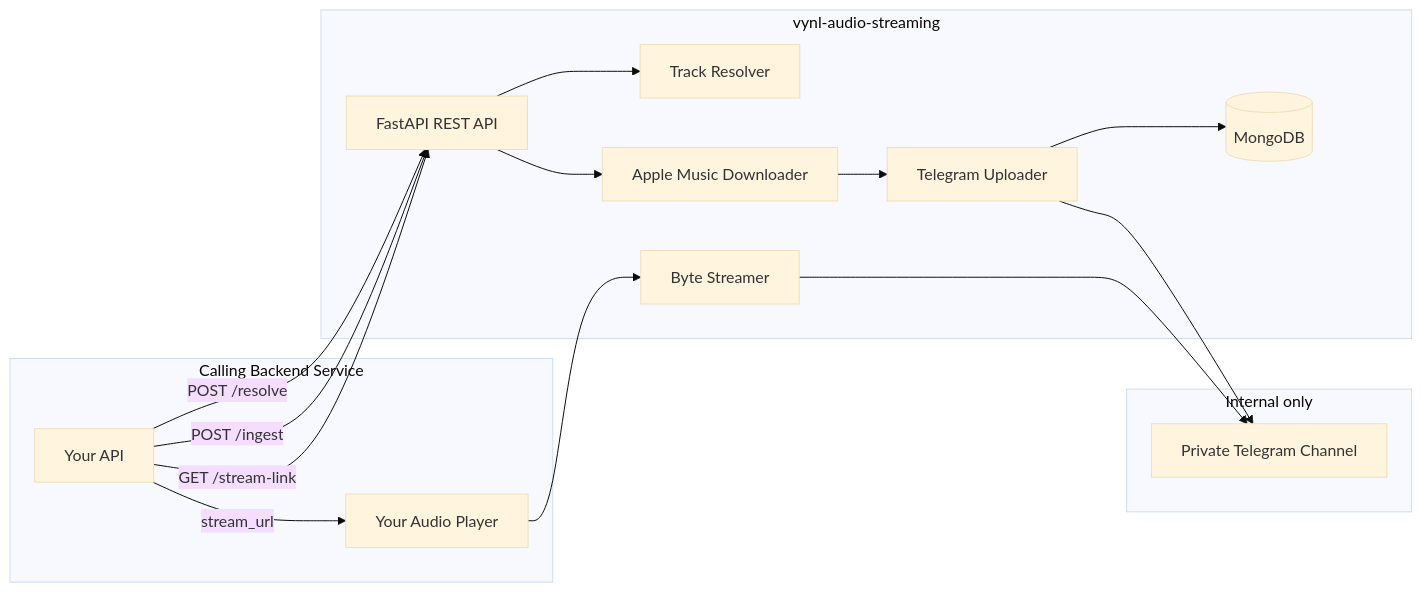
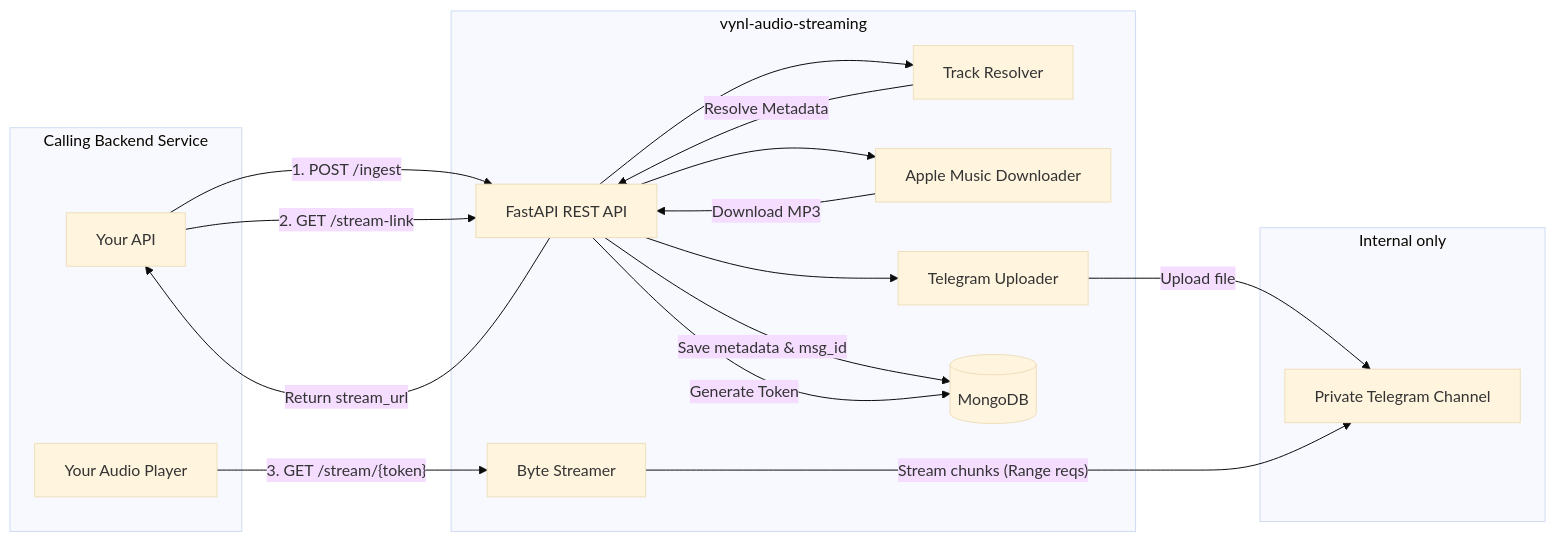
Before and after one commit to maharsh-tech/vynl-streaming: the diagram in PLAN.md, drawn with Mermaid (base theme). The commit also changed other lines of this file and 2 other files, not shown here.

Commit message:
docs: remove outdated phase plans and rewrite PLAN.md as architecture spec

````diff
--- a/PLAN.md
+++ b/PLAN.md
@@ -82,29 +42,33 @@
 ```mermaid
 flowchart LR
     subgraph CallingService["Calling Backend Service"]
         CB[Your API]
         PL[Your Audio Player]
     end
 
     subgraph VYNL["vynl-audio-streaming"]
         API[FastAPI REST API]
         RES[Track Resolver]
         DL[Apple Music Downloader]
         TG[Telegram Uploader]
         STR[Byte Streamer]
         DB[(MongoDB)]
     end
 
     subgraph Internal["Internal only"]
         CH[Private Telegram Channel]
     end
 
-    CB -->|"POST /resolve"| API
-    CB -->|"POST /ingest"| API
-    CB -->|"GET /stream-link"| API
-    API --> RES
-    API --> DL --> TG --> CH
-    TG --> DB
-    CB -->|stream_url| PL
-    PL --> STR --> CH
+    CB -->|"1. POST /ingest"| API
+    API --> RES -->|"Resolve Metadata"| API
+    API --> DL -->|"Download MP3"| API
+    API --> TG -->|"Upload file"| CH
+    API -->|"Save metadata & msg_id"| DB
+
+    CB -->|"2. GET /stream-link"| API
+    API -->|"Generate Token"| DB
+    API -->|"Return stream_url"| CB
+
+    PL -->|"3. GET /stream/{token}"| STR
+    STR -->|"Stream chunks (Range reqs)"| CH
 ```
````
